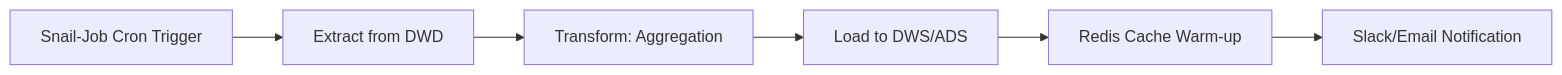
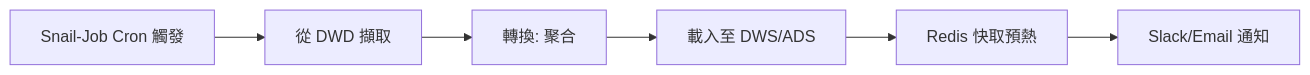
The second of 3 diagrams in docs/iGaming/architecture/08_Analytics_Service/Reporting_Architecture.md (ron03wlb/smart-admin), drawn with Mermaid before and after one commit. The commit also changed other lines of this file and 4 other files, not shown here.

````diff
--- a/docs/iGaming/architecture/08_Analytics_Service/Reporting_Architecture.md
+++ b/docs/iGaming/architecture/08_Analytics_Service/Reporting_Architecture.md
@@ -170,8 +170,8 @@
 ```mermaid
 flowchart LR
-    A[Snail-Job Cron Trigger] --> B[Extract from DWD]
-    B --> C[Transform: Aggregation]
-    C --> D[Load to DWS/ADS]
-    D --> E[Redis Cache Warm-up]
-    E --> F[Slack/Email Notification]
+    A[Snail-Job Cron 觸發] --> B[從 DWD 擷取]
+    B --> C[轉換: 聚合]
+    C --> D[載入至 DWS/ADS]
+    D --> E[Redis 快取預熱]
+    E --> F[Slack/Email 通知]
 ```
````
